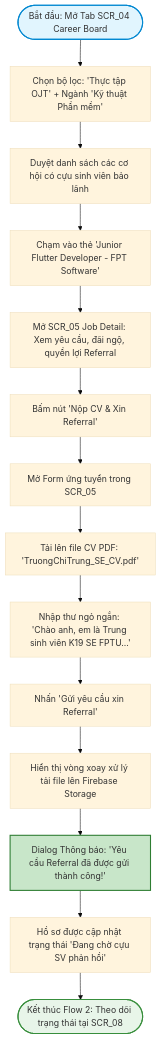
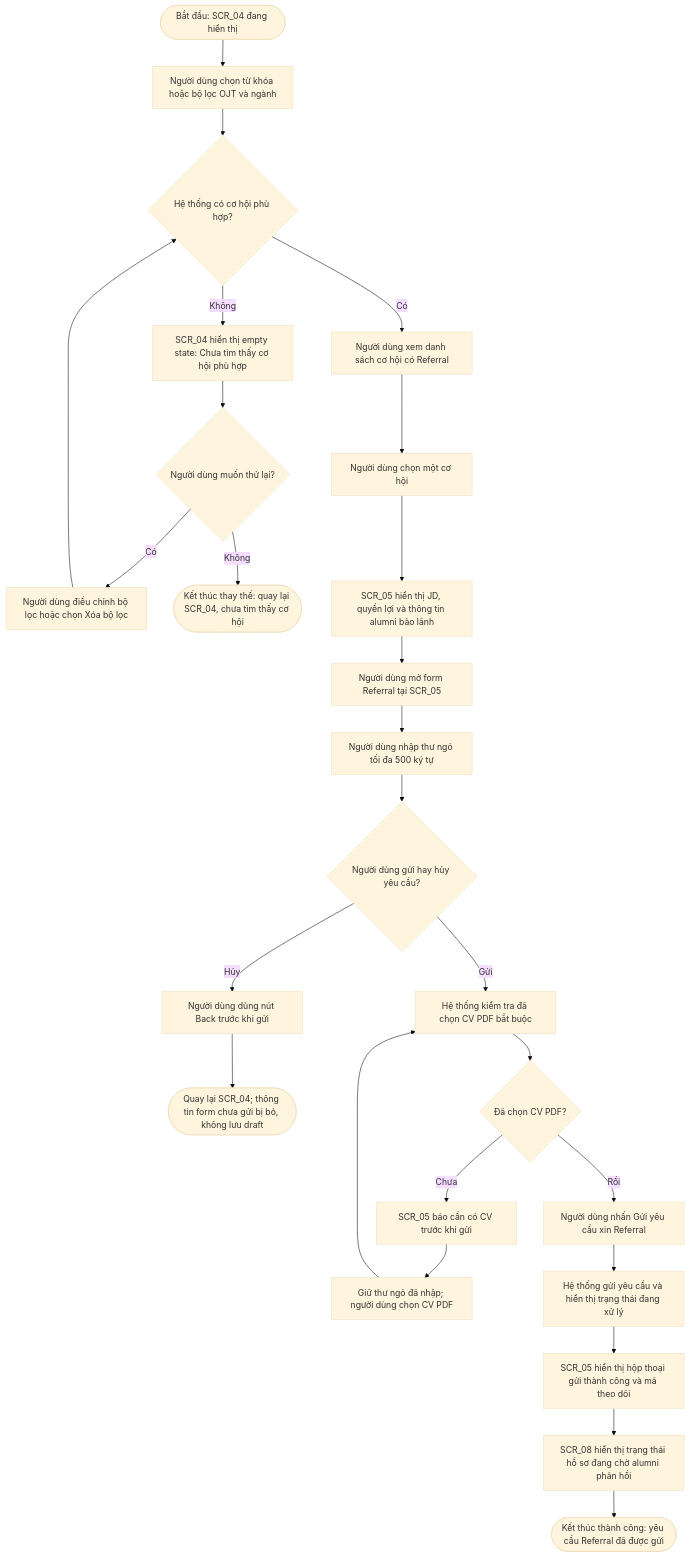
Before and after one commit to chstrg2208/PRN-LAB-2-: the third of 4 diagrams in ux/user-flow.md, drawn with Mermaid (base theme). The commit also changed other lines of this file, not shown here.

Commit message:
docs(ux): complete referral flow alternatives

````diff
--- a/ux/user-flow.md
+++ b/ux/user-flow.md
@@ -113,22 +114,28 @@
 ```mermaid
 flowchart TD
-    Start([Bắt đầu: Mở Tab SCR_04 Career Board]) --> FilterSector[Chọn bộ lọc: 'Thực tập OJT' + Ngành 'Kỹ thuật Phần mềm']
-    FilterSector --> BrowseJobs[Duyệt danh sách các cơ hội có cựu sinh viên bảo lãnh]
-    BrowseJobs --> SelectJob[Chạm vào thẻ 'Junior Flutter Developer - FPT Software']
-    SelectJob --> OpenJobDetail[Mở SCR_05 Job Detail: Xem yêu cầu, đãi ngộ, quyền lợi Referral]
-    
-    OpenJobDetail --> ClickApply[Bấm nút 'Nộp CV & Xin Referral']
-    ClickApply --> ShowForm[Mở Form ứng tuyển trong SCR_05]
-    ShowForm --> AttachCV[Tải lên file CV PDF: 'TruongChiTrung_SE_CV.pdf']
-    AttachCV --> WriteCoverLetter[Nhập thư ngỏ ngắn: 'Chào anh, em là Trung sinh viên K19 SE FPTU...']
-    WriteCoverLetter --> SubmitApply[Nhấn 'Gửi yêu cầu xin Referral']
-    
-    SubmitApply --> LoadingSubmit[Hiển thị vòng xoay xử lý tải file lên Firebase Storage]
-    LoadingSubmit --> DialogApplySuccess[Dialog Thông báo: 'Yêu cầu Referral đã được gửi thành công!']
-    DialogApplySuccess --> TrackStatus[Hồ sơ được cập nhật trạng thái 'Đang chờ cựu SV phản hồi']
-    TrackStatus --> EndFlow2([Kết thúc Flow 2: Theo dõi trạng thái tại SCR_08])
-
-    style Start fill:#e1f5fe,stroke:#0288d1,stroke-width:2px
-    style EndFlow2 fill:#e8f5e9,stroke:#388e3c,stroke-width:2px
-    style DialogApplySuccess fill:#c8e6c9,stroke:#2e7d32,stroke-width:2px
+    Start([Bắt đầu: SCR_04 đang hiển thị]) --> SetFilters[Người dùng chọn từ khóa hoặc bộ lọc OJT và ngành]
+    SetFilters --> SearchResults{Hệ thống có cơ hội phù hợp?}
+    SearchResults -- Không --> EmptyState[SCR_04 hiển thị empty state: Chưa tìm thấy cơ hội phù hợp]
+    EmptyState --> SearchRecovery{Người dùng muốn thử lại?}
+    SearchRecovery -- Có --> RecoverSearch[Người dùng điều chỉnh bộ lọc hoặc chọn Xóa bộ lọc]
+    RecoverSearch --> SearchResults
+    SearchRecovery -- Không --> NoResultsEnd([Kết thúc thay thế: quay lại SCR_04, chưa tìm thấy cơ hội])
+    SearchResults -- Có --> Browse[Người dùng xem danh sách cơ hội có Referral]
+    Browse --> SelectOpportunity[Người dùng chọn một cơ hội]
+    SelectOpportunity --> Review[SCR_05 hiển thị JD, quyền lợi và thông tin alumni bảo lãnh]
+    Review --> OpenForm[Người dùng mở form Referral tại SCR_05]
+    OpenForm --> ProvideLetter[Người dùng nhập thư ngỏ tối đa 500 ký tự]
+    ProvideLetter --> FormChoice{Người dùng gửi hay hủy yêu cầu?}
+    FormChoice -- Hủy --> Cancel[Người dùng dùng nút Back trước khi gửi]
+    Cancel --> CancelEnd([Quay lại SCR_04; thông tin form chưa gửi bị bỏ, không lưu draft])
+    FormChoice -- Gửi --> Validate[Hệ thống kiểm tra đã chọn CV PDF bắt buộc]
+    Validate --> HasCV{Đã chọn CV PDF?}
+    HasCV -- Chưa --> MissingCV[SCR_05 báo cần có CV trước khi gửi]
+    MissingCV --> KeepLetter[Giữ thư ngỏ đã nhập; người dùng chọn CV PDF]
+    KeepLetter --> Validate
+    HasCV -- Rồi --> Submit[Người dùng nhấn Gửi yêu cầu xin Referral]
+    Submit --> Loading[Hệ thống gửi yêu cầu và hiển thị trạng thái đang xử lý]
+    Loading --> Success[SCR_05 hiển thị hộp thoại gửi thành công và mã theo dõi]
+    Success --> Track[SCR_08 hiển thị trạng thái hồ sơ đang chờ alumni phản hồi]
+    Track --> EndSuccess([Kết thúc thành công: yêu cầu Referral đã được gửi])
 ```
````
